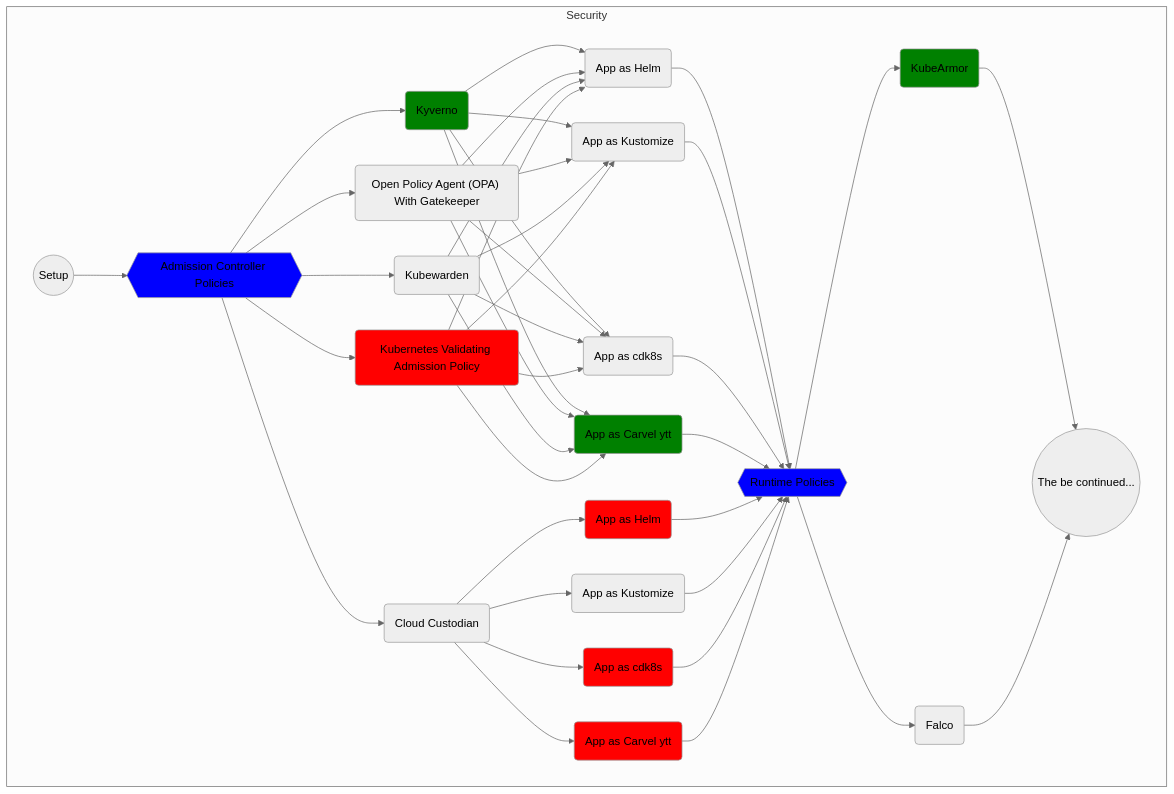
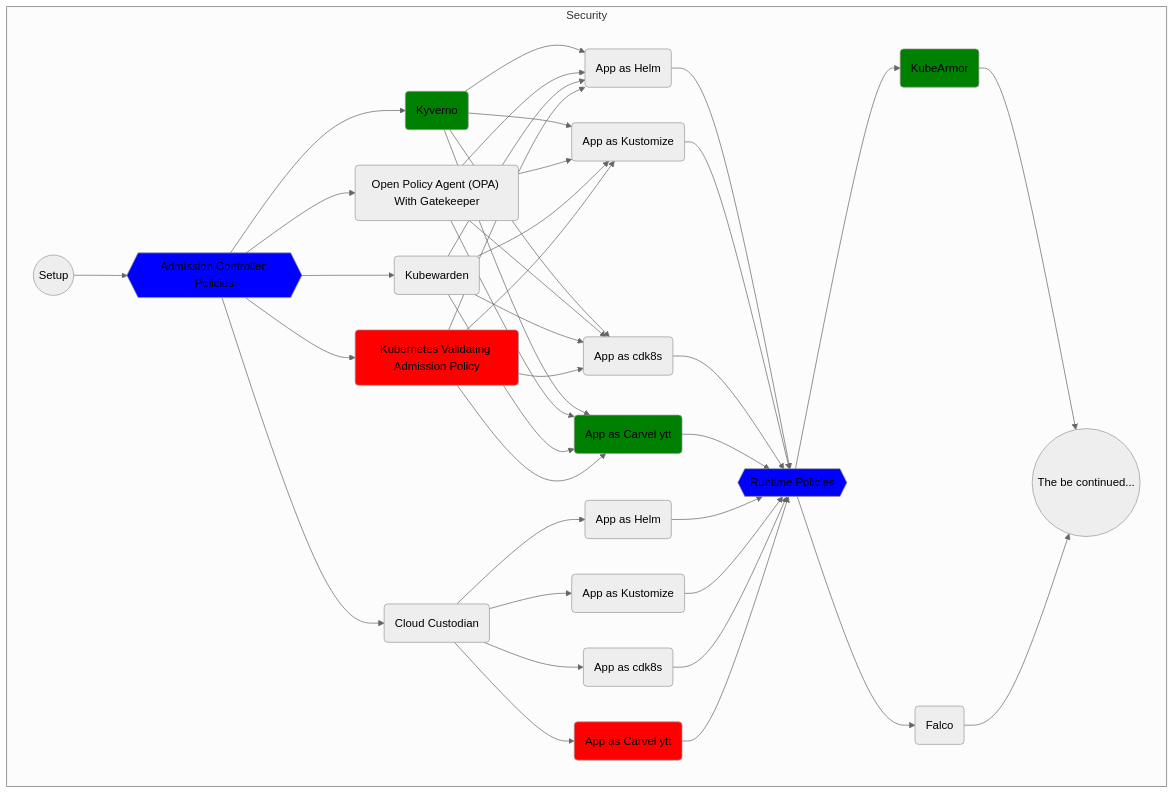
Before and after one commit to vfarcic/cncf-demo: the fourth of 4 diagrams in README.md, drawn with Mermaid (neutral theme). The commit also changed 6 other files, not shown here.

````diff
--- a/README.md
+++ b/README.md
@@ -339,72 +339,70 @@
 ```mermaid
 flowchart TD
 
     subgraph Security
 
         %% -----------
         %% -- Setup --
         %% -----------
         setup-security((Setup))
         click setup-security "https://github.com/vfarcic/cncf-demo/blob/main/manuscript/setup/security.md"
 
         %% -- Setup Connections --
         setup-security-->policies
 
         %% -----------------------------------
         %% -- Admission Controller Policies --
         %% -----------------------------------
         policies{{Admission Controller Policies}}
         style policies fill:blue
         click policies "https://github.com/vfarcic/cncf-demo/blob/main/manuscript/policies/README.md"
         kyverno(Kyverno)
         click kyverno "https://github.com/vfarcic/cncf-demo/blob/main/manuscript/policies/kyverno.md"
         style kyverno fill:green
         policies-opa("Open Policy Agent (OPA) With Gatekeeper")
         click policies-opa "https://github.com/vfarcic/cncf-demo/blob/main/manuscript/policies/gatekeeper.md"
         cloud-custodian(Cloud Custodian)
         click cloud-custodian "https://github.com/vfarcic/cncf-demo/blob/main/manuscript/policies/cloud-custodian.md"
         cloud-custodian-helm(App as Helm)
         click cloud-custodian-helm "https://github.com/vfarcic/cncf-demo/blob/main/manuscript/policies/cloud-custodian-helm.md"
-        style cloud-custodian-helm fill:red
         cloud-custodian-kustomize(App as Kustomize)
         click cloud-custodian-kustomize "https://github.com/vfarcic/cncf-demo/blob/main/manuscript/policies/cloud-custodian-kustomize.md"
         cloud-custodian-cdk8s(App as cdk8s)
         click cloud-custodian-cdk8s "https://github.com/vfarcic/cncf-demo/blob/main/manuscript/policies/cloud-custodian-cdk8s.md"
-        style cloud-custodian-cdk8s fill:red
         cloud-custodian-carvel(App as Carvel ytt)
         click cloud-custodian-carvel "https://github.com/vfarcic/cncf-demo/blob/main/manuscript/policies/cloud-custodian-carvel.md"
         style cloud-custodian-carvel fill:red
         kubewarden(Kubewarden)
         click kubewarden "https://github.com/vfarcic/cncf-demo/blob/main/manuscript/policies/kubewarden.md"
         %% Wait with VAP until it's GA
         vac(Kubernetes Validating Admission Policy)
         style vac fill:red
         policies-helm(App as Helm)
         click policies-helm "https://github.com/vfarcic/cncf-demo/blob/main/manuscript/policies/helm.md"
         policies-kustomize(App as Kustomize)
         click policies-kustomize "https://github.com/vfarcic/cncf-demo/blob/main/manuscript/policies/kustomize.md"
         policies-cdk8s(App as cdk8s)
         click policies-cdk8s "https://github.com/vfarcic/cncf-demo/blob/main/manuscript/policies/cdk8s.md"
         policies-carvel(App as Carvel ytt)
         style policies-carvel fill:green
         click policies-carvel "https://github.com/vfarcic/cncf-demo/blob/main/manuscript/policies/carvel.md"
         policies --> kyverno & policies-opa & kubewarden & vac --> policies-helm & policies-kustomize & policies-cdk8s & policies-carvel --> runtime-policies
         policies --> cloud-custodian --> cloud-custodian-helm & cloud-custodian-kustomize & cloud-custodian-cdk8s & cloud-custodian-carvel --> runtime-policies
 
         %% ----------------------
         %% -- Runtime Policies --
         %% ----------------------
         runtime-policies{{Runtime Policies}}
         style runtime-policies fill:blue
         click runtime-policies "https://github.com/vfarcic/cncf-demo/blob/main/manuscript/runtime-policies/README.md"
         kube-armor(KubeArmor)
         click kube-armor "https://github.com/vfarcic/cncf-demo/blob/main/manuscript/runtime-policies/kubearmor.md"
         style kube-armor fill:green
         falco(Falco)
         click falco "https://github.com/vfarcic/cncf-demo/blob/main/manuscript/runtime-policies/falco.md"
         runtime-policies --> kube-armor & falco --> continue
 
         continue((The be continued...))
 
     end
 ```
````
